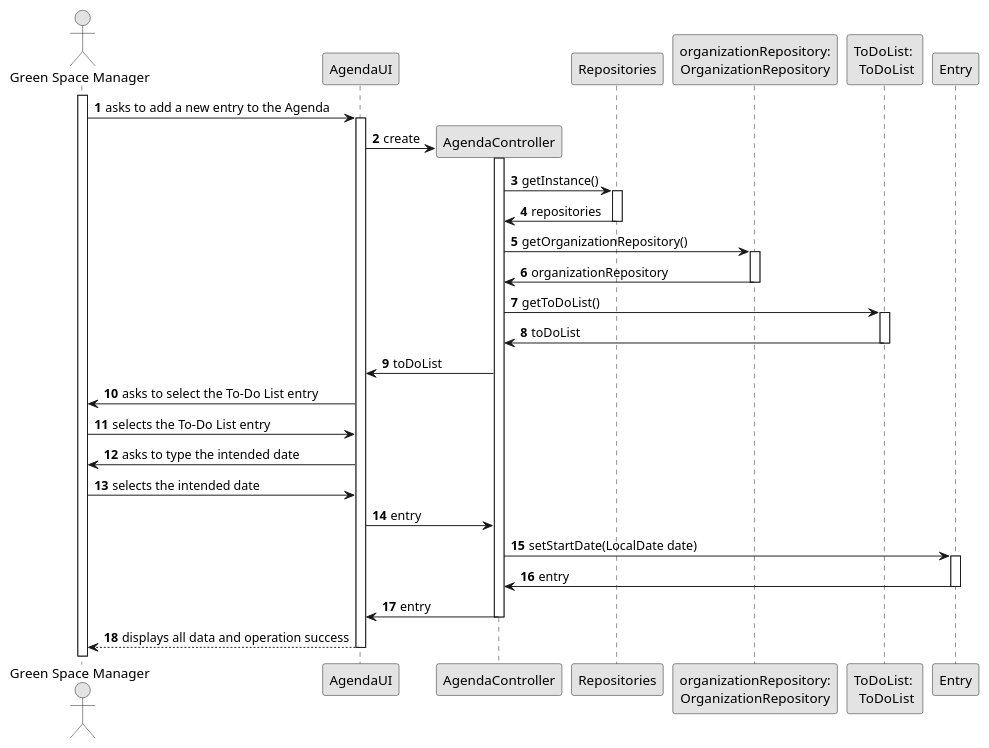
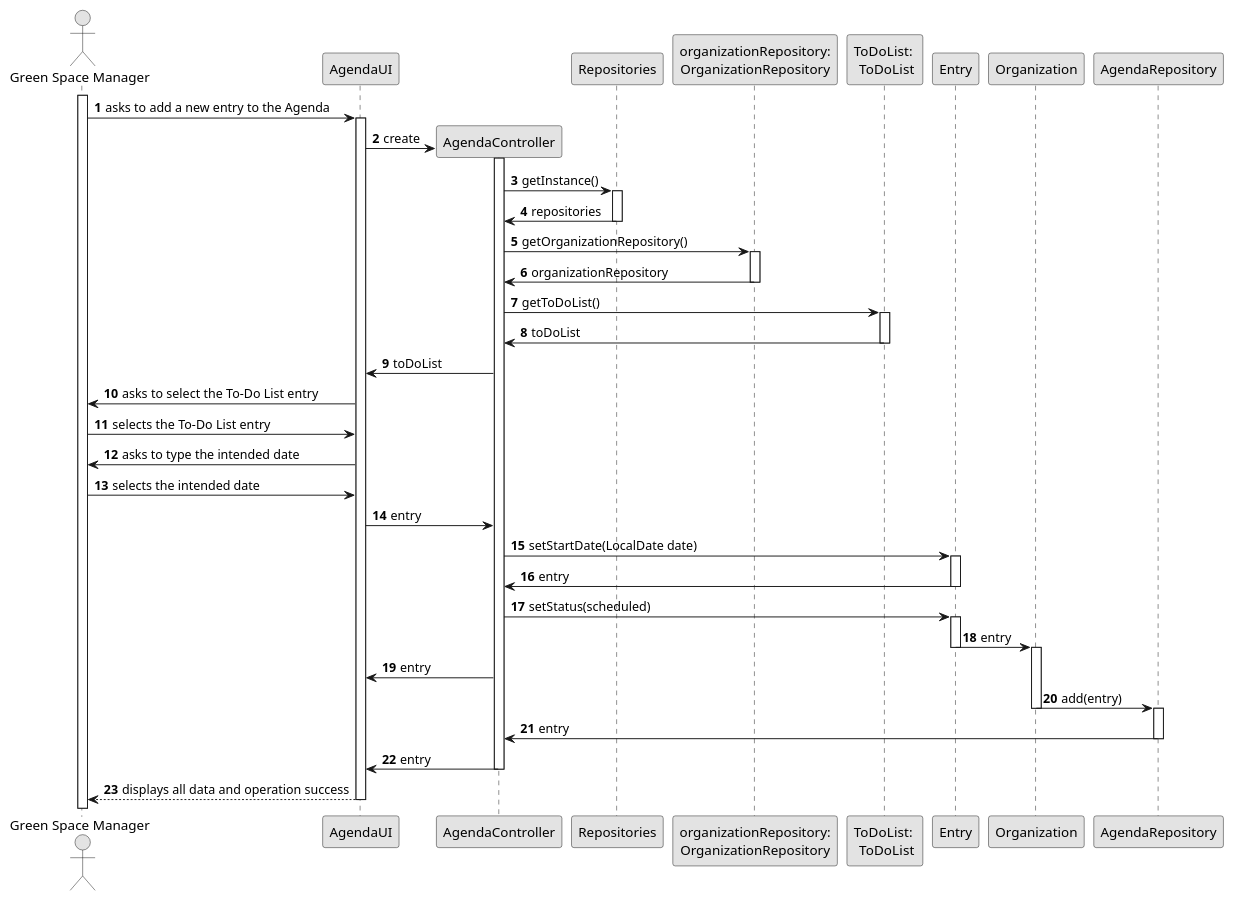
Before and after one commit to Departamento-de-Engenharia-Informatica/lei-24-s2-1df-1de-g063: the diagram in docs/SprintC/us022/03.design/puml/us022-sequence-diagram-full.puml, drawn with PlantUML. The commit also changed 7 other files, not shown here.

```diff
--- a/docs/SprintC/us022/03.design/puml/us022-sequence-diagram-full.puml
+++ b/docs/SprintC/us022/03.design/puml/us022-sequence-diagram-full.puml
@@ -1,70 +1,96 @@
 @startuml
 skinparam monochrome true
 skinparam packageStyle rectangle
 skinparam shadowing false
 
 autonumber
 
 'hide footbox
 actor "Green Space Manager" as GSM
 participant "AgendaUI" as UI
 participant "AgendaController" as CTRL
 participant "Repositories" as Rep
 participant "organizationRepository:\nOrganizationRepository" as organizationRepository
 participant "ToDoList: \n ToDoList" as TDL
 participant "Entry" as Entry
+participant "Organization" as or
+participant "AgendaRepository" as AR
 
 activate GSM
 
      GSM -> UI : asks to add a new entry to the Agenda
 
      activate UI
 
             UI -> CTRL** : create
 
      activate CTRL
+
             CTRL -> Rep : getInstance()
+
      activate Rep
 
                       Rep -> CTRL : repositories
 
                deactivate Rep
 
                       CTRL -> organizationRepository : getOrganizationRepository()
 
                activate organizationRepository
 
                       organizationRepository -> CTRL : organizationRepository
 
                deactivate organizationRepository
 
                       CTRL -> TDL : getToDoList()
 
                activate TDL
 
                       TDL -> CTRL : toDoList
 
                deactivate TDL
 
                       CTRL -> UI : toDoList
                       UI -> GSM : asks to select the To-Do List entry
                       GSM -> UI : selects the To-Do List entry
                       UI -> GSM : asks to type the intended date
                       GSM -> UI : selects the intended date
                       UI -> CTRL : entry
                       CTRL -> Entry : setStartDate(LocalDate date)
-                      activate Entry
+               activate Entry
+
                       Entry -> CTRL : entry
+
+               deactivate Entry
+
+                      CTRL -> Entry : setStatus(scheduled)
+
+               activate Entry
+
+
+                      Entry -> or : entry
 
 
           deactivate Entry
 
+          activate or
+
                  CTRL -> UI : entry
+
+                 or -> AR : add(entry)
+          deactivate or
+          activate AR
+
+                 AR -> CTRL : entry
+
+          deactivate AR
+
+                    CTRL -> UI : entry
 
           deactivate CTRL
 
           UI --> GSM : displays all data and operation success
 
           deactivate UI
 
 @enduml
```
